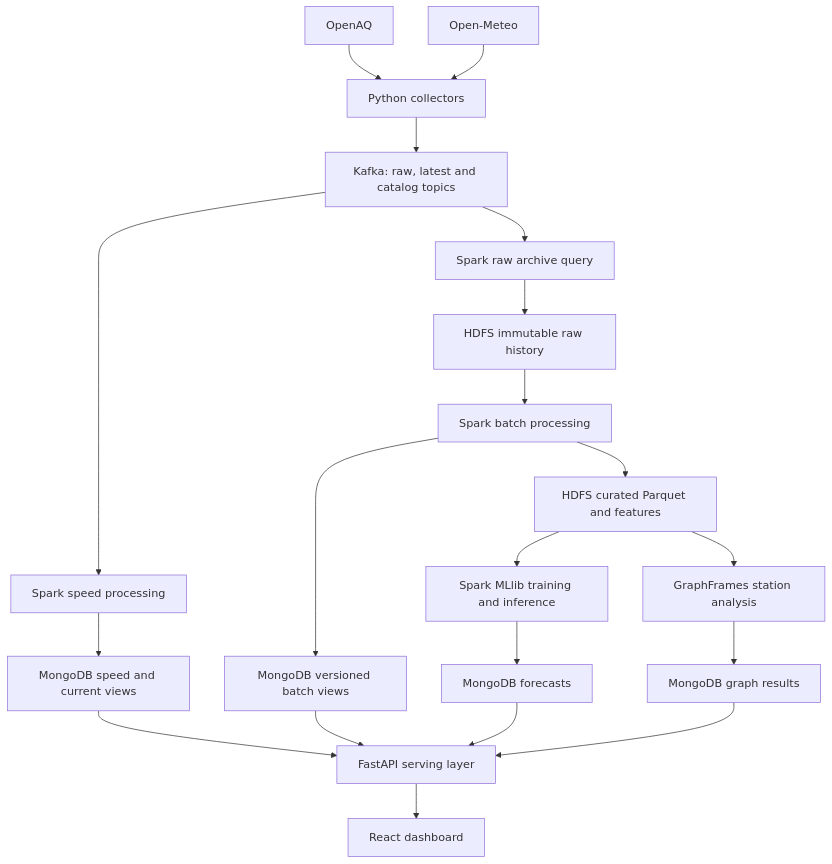
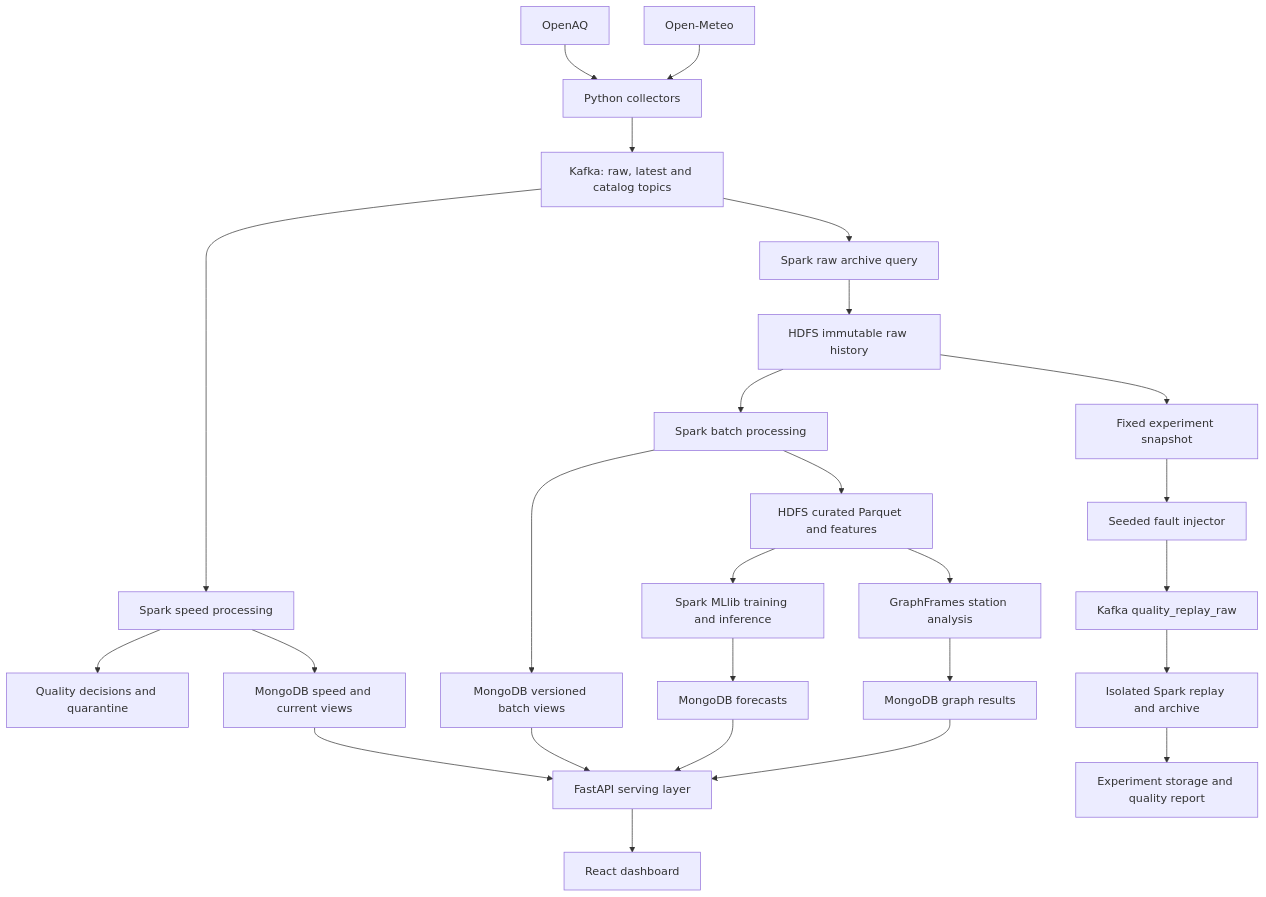
The diagram in docs/architecture.md (huyng26/IT4043E_Project), drawn with Mermaid before and after one commit. The commit also changed other lines of this file and 27 other files, not shown here.

````diff
--- a/docs/architecture.md
+++ b/docs/architecture.md
@@ -39,22 +45,28 @@
 ```mermaid
 flowchart TD
     OA[OpenAQ] --> COL[Python collectors]
     OM[Open-Meteo] --> COL
     COL --> K[Kafka: raw, latest and catalog topics]
     K --> AR[Spark raw archive query]
     AR --> H[HDFS immutable raw history]
     K --> SP[Spark speed processing]
+    SP --> Q[Quality decisions and quarantine]
     SP --> MV[MongoDB speed and current views]
     H --> B[Spark batch processing]
     B --> P[HDFS curated Parquet and features]
     B --> BV[MongoDB versioned batch views]
     P --> ML[Spark MLlib training and inference]
     ML --> PRED[MongoDB forecasts]
     P --> G[GraphFrames station analysis]
     G --> GA[MongoDB graph results]
     MV --> API[FastAPI serving layer]
     BV --> API
     PRED --> API
     GA --> API
     API --> UI[React dashboard]
+    H --> SNAP[Fixed experiment snapshot]
+    SNAP --> INJ[Seeded fault injector]
+    INJ --> RK[Kafka quality_replay_raw]
+    RK --> EXP[Isolated Spark replay and archive]
+    EXP --> ER[Experiment storage and quality report]
 ```
````
